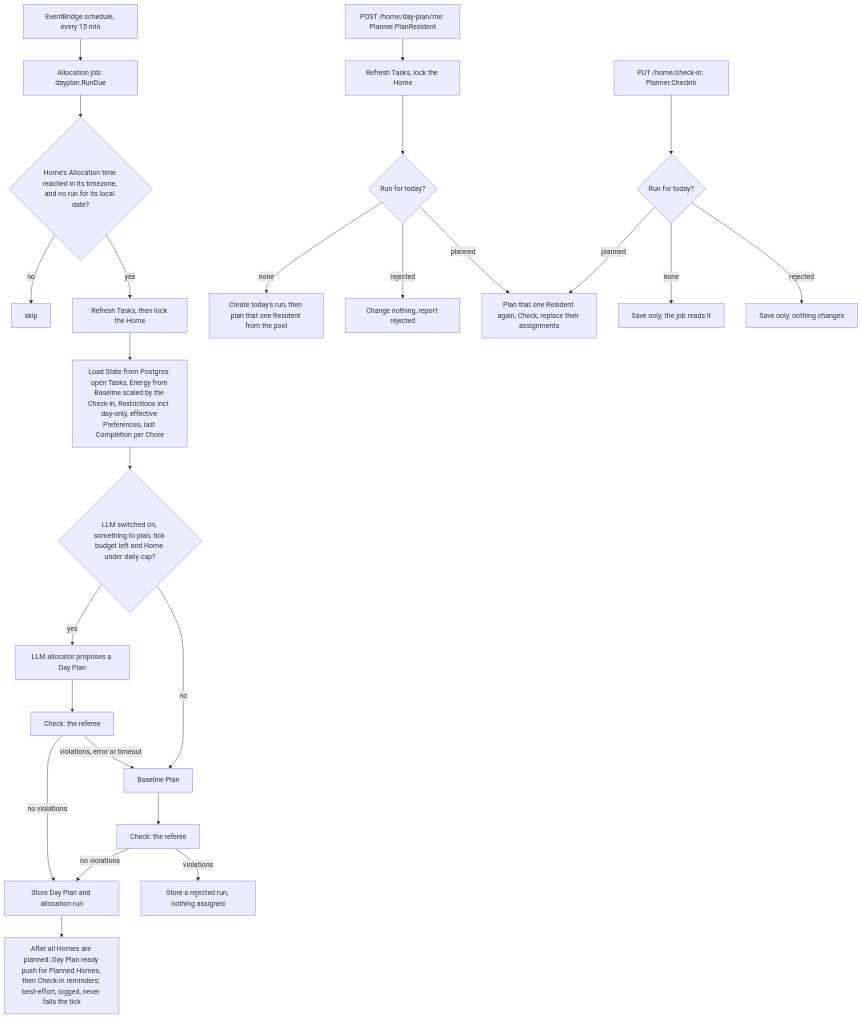
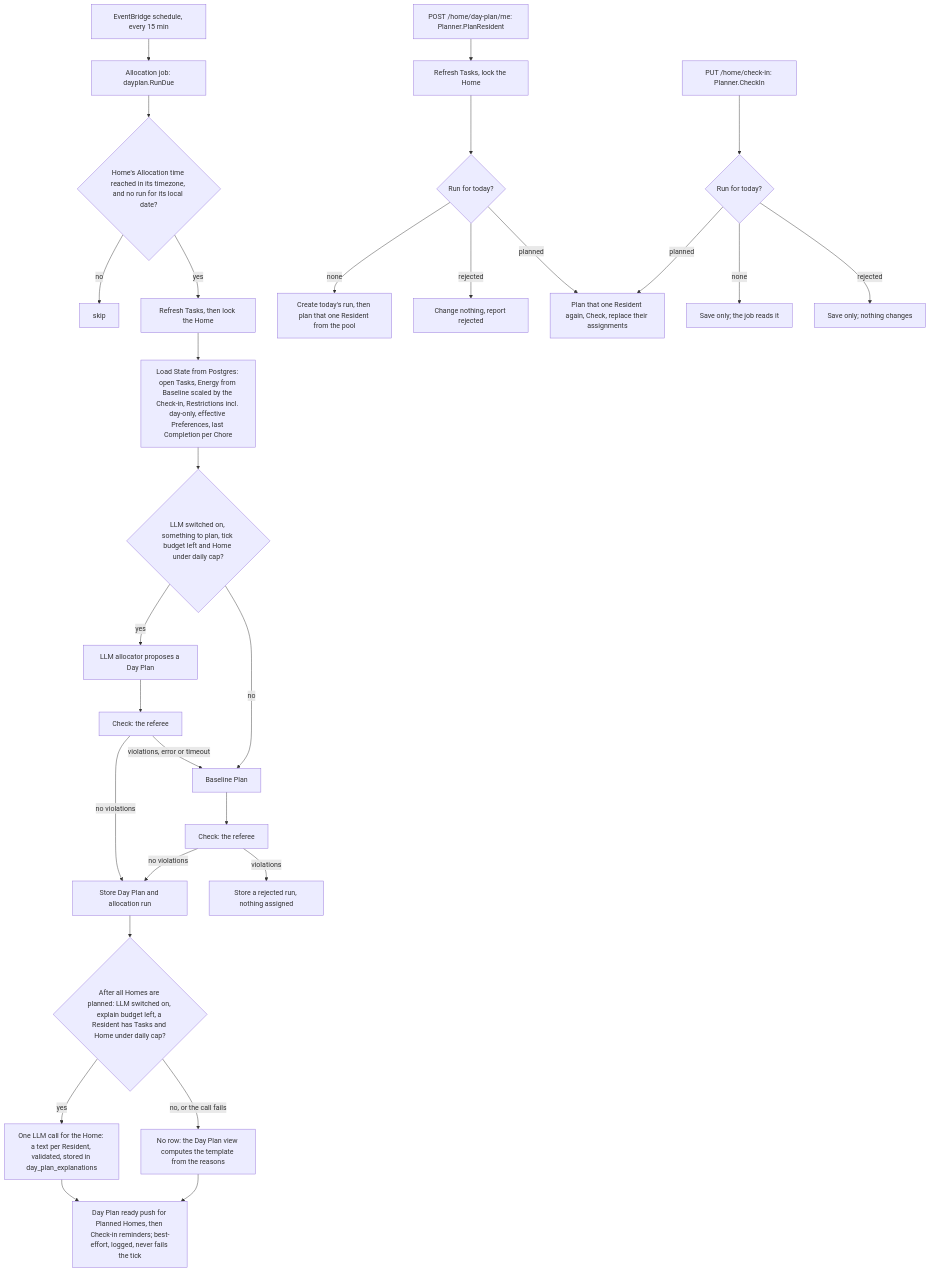
Before and after one commit to AbnerWillclefy/Homeowner: the diagram in docs/architecture/allocation.md, drawn with Mermaid. The commit also changed other lines of this file and 4 other files, not shown here.

Commit message:
docs(architecture): document Day Plan explanations and the 90s job timeout (#28)

````diff
--- a/docs/architecture/allocation.md
+++ b/docs/architecture/allocation.md
@@ -69,29 +74,33 @@
 ```mermaid
 flowchart TD
     EB["EventBridge schedule, every 15 min"] --> J["Allocation job: dayplan.RunDue"]
     J --> H{"Home's Allocation time reached in its timezone, and no run for its local date?"}
     H -->|no| X["skip"]
     H -->|yes| R["Refresh Tasks, then lock the Home"]
     R --> L["Load State from Postgres: open Tasks, Energy from Baseline scaled by the Check-in, Restrictions incl. day-only, effective Preferences, last Completion per Chore"]
     L --> Q{"LLM switched on, something to plan, tick budget left and Home under daily cap?"}
     Q -->|yes| LLM["LLM allocator proposes a Day Plan"]
     LLM --> CK["Check: the referee"]
     CK -->|no violations| S
     CK -->|violations, error or timeout| B
     Q -->|no| B["Baseline Plan"]
     B --> CK2["Check: the referee"]
     CK2 -->|no violations| S["Store Day Plan and allocation run"]
     CK2 -->|violations| RJ["Store a rejected run, nothing assigned"]
-    S --> N["After all Homes are planned: Day Plan ready push for Planned Homes, then Check-in reminders; best-effort, logged, never fails the tick"]
+    S --> EX{"After all Homes are planned: LLM switched on, explain budget left, a Resident has Tasks and Home under daily cap?"}
+    EX -->|yes| EL["One LLM call for the Home: a text per Resident, validated, stored in day_plan_explanations"]
+    EX -->|no, or the call fails| TP["No row: the Day Plan view computes the template from the reasons"]
+    EL --> N
+    TP --> N["Day Plan ready push for Planned Homes, then Check-in reminders; best-effort, logged, never fails the tick"]
     GR["POST /home/day-plan/me: Planner.PlanResident"] --> GF["Refresh Tasks, lock the Home"]
     GF --> GR2{"Run for today?"}
     GR2 -->|none| GN["Create today's run, then plan that one Resident from the pool"]
     GR2 -->|rejected| GJ["Change nothing, report rejected"]
     GR2 -->|planned| RP
     CI["PUT /home/check-in: Planner.CheckIn"] --> CR{"Run for today?"}
     CR -->|none| CS["Save only; the job reads it"]
     CR -->|rejected| CS2["Save only; nothing changes"]
     CR -->|planned| RP["Plan that one Resident again, Check, replace their assignments"]
 
     classDef planned stroke-dasharray: 5 5,color:#666
 ```
````
